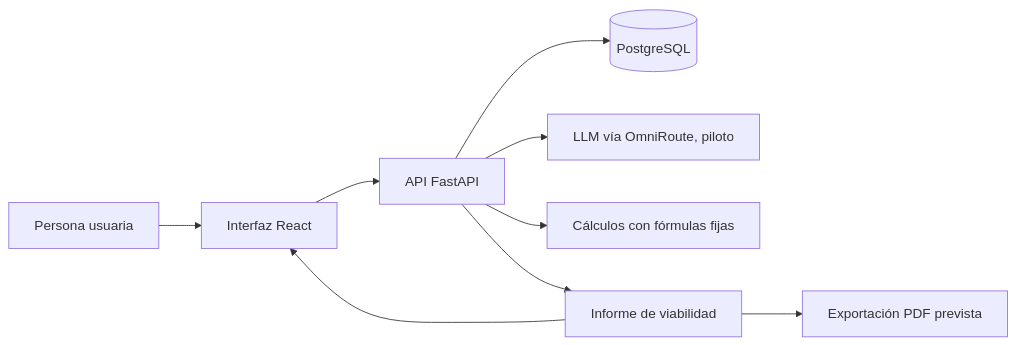
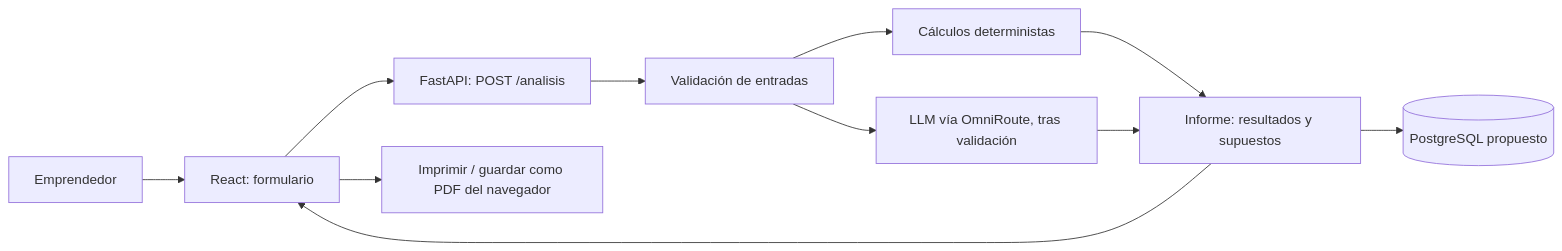
One commit to zapatanelsonzapata03-design/PEF1-2026-MARKETIA changed the diagram in docs/03-arquitectura/arquitectura-inicial.md. Above: the diagram before and after it, drawn with Mermaid. The commit also changed other lines of this file and 27 other files, not shown here.

````diff
--- a/docs/03-arquitectura/arquitectura-inicial.md
+++ b/docs/03-arquitectura/arquitectura-inicial.md
@@ -18,11 +21,13 @@
 ```mermaid
 flowchart LR
-    U[Persona usuaria] --> UI[Interfaz React]
-    UI --> API[API FastAPI]
-    API --> DB[(PostgreSQL)]
-    API --> LLM[LLM vía OmniRoute, piloto]
-    API --> CALC[Cálculos con fórmulas fijas]
-    API --> REP[Informe de viabilidad]
+    U[Emprendedor] --> UI[React: formulario]
+    UI --> API[FastAPI: POST /analisis]
+    API --> VAL[Validación de entradas]
+    VAL --> CALC[Cálculos deterministas]
+    VAL --> LLM[LLM vía OmniRoute, tras validación]
+    CALC --> REP[Informe: resultados y supuestos]
+    LLM --> REP
+    REP --> DB[(PostgreSQL propuesto)]
     REP --> UI
-    REP --> PDF[Exportación PDF prevista]
+    UI --> PRINT[Imprimir / guardar como PDF del navegador]
 ```
````
